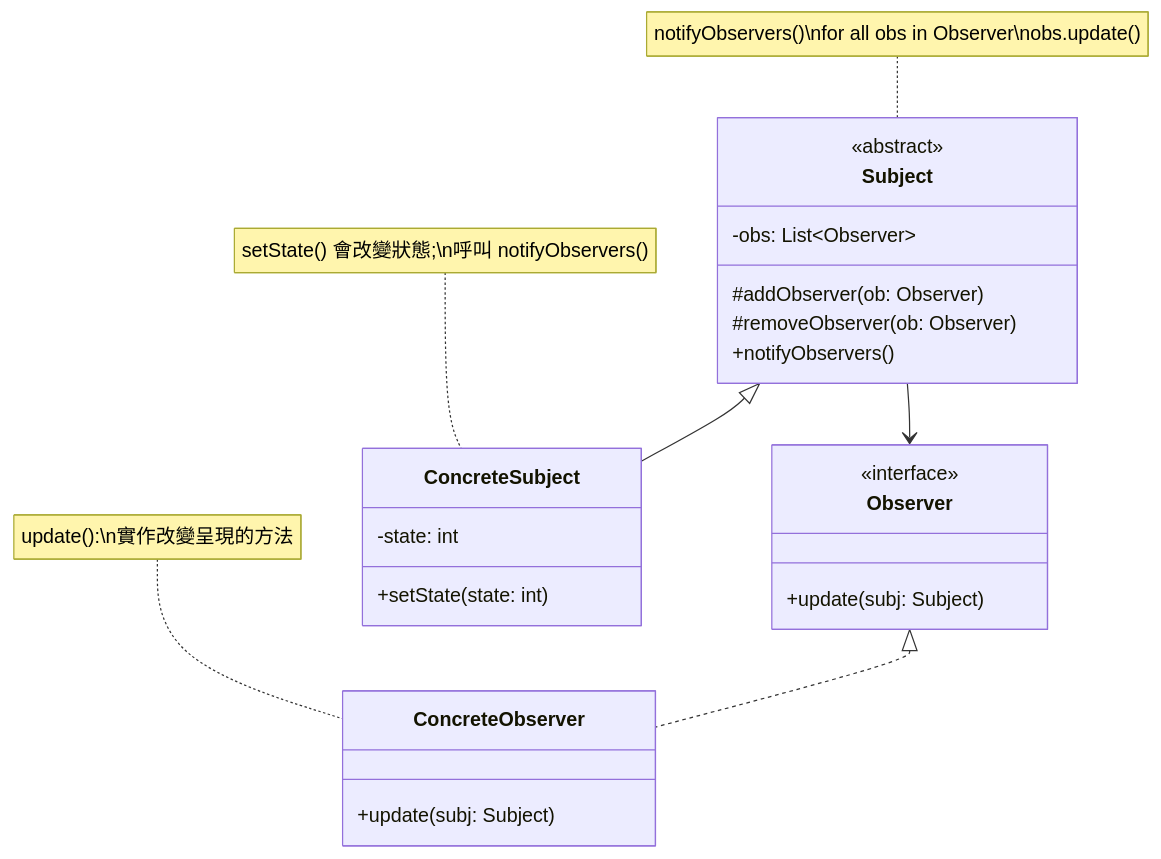
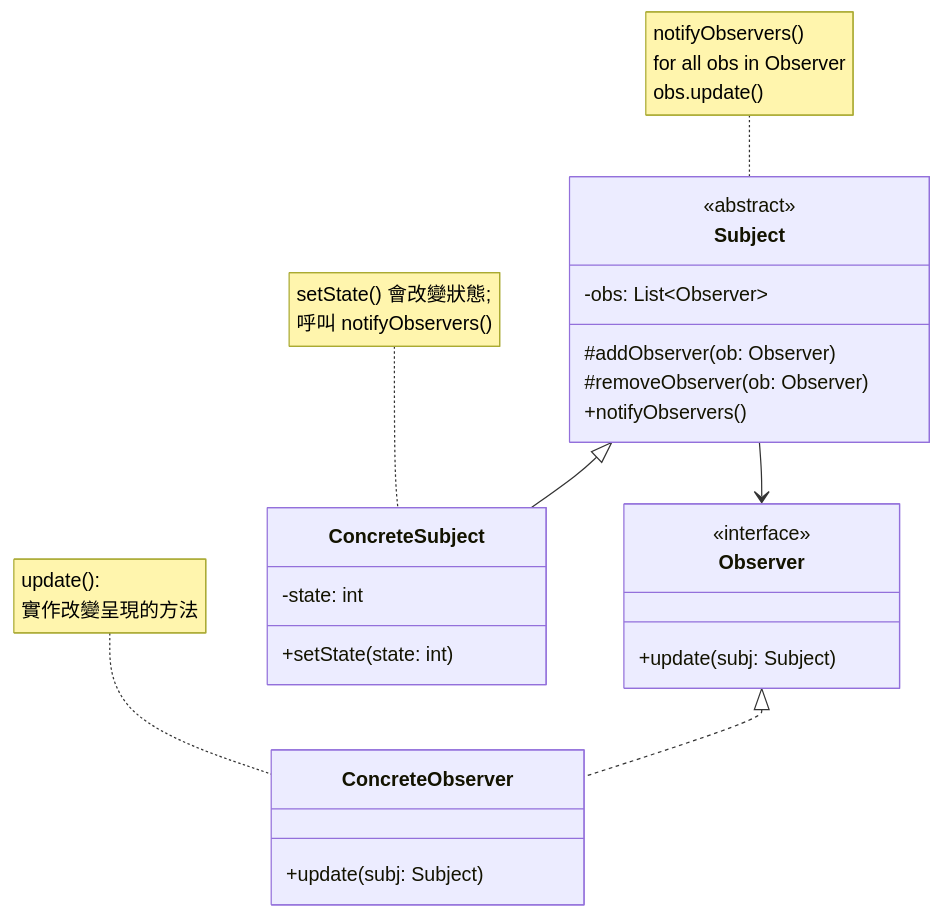
Before and after one commit to nlhsueh/teach_sw_fw: the first of 2 diagrams in Part6_PatternBehavior/ch20_observer.md, drawn with Mermaid. The commit also changed other lines of this file and 1 other file, not shown here.

Commit message:
docs(pattern): fix ch20 observer diagrams and image paths

````diff
--- a/Part6_PatternBehavior/ch20_observer.md
+++ b/Part6_PatternBehavior/ch20_observer.md
@@ -48,32 +49,32 @@
 ```mermaid
 classDiagram
     class Observer {
         <<interface>>
         +update(subj: Subject)
     }
 
     class Subject {
         <<abstract>>
         -obs: List~Observer~
         #addObserver(ob: Observer)
         #removeObserver(ob: Observer)
         +notifyObservers()
     }
 
     class ConcreteSubject {
         -state: int
         +setState(state: int)
     }
 
     class ConcreteObserver {
         +update(subj: Subject)
     }
 
     Subject <|-- ConcreteSubject
     Observer <|.. ConcreteObserver
     Subject --> Observer
 
-    note for Subject "notifyObservers()\nfor all obs in Observer\nobs.update()"
-    note for ConcreteSubject "setState() 會改變狀態;\n呼叫 notifyObservers()"
-    note for ConcreteObserver "update():\n實作改變呈現的方法"
+    note for Subject "notifyObservers()<br/>for all obs in Observer<br/>obs.update()"
+    note for ConcreteSubject "setState() 會改變狀態;<br/>呼叫 notifyObservers()"
+    note for ConcreteObserver "update():<br/>實作改變呈現的方法"
 ```
````
